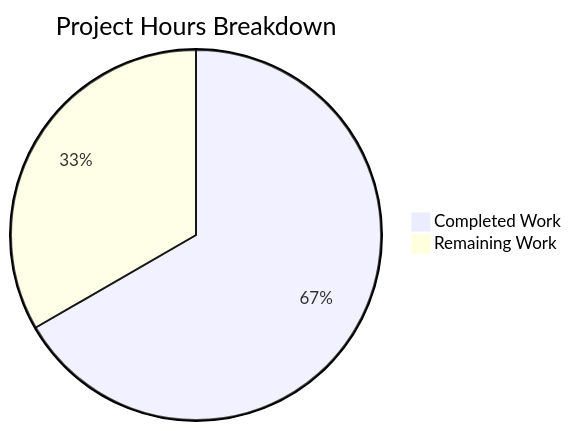
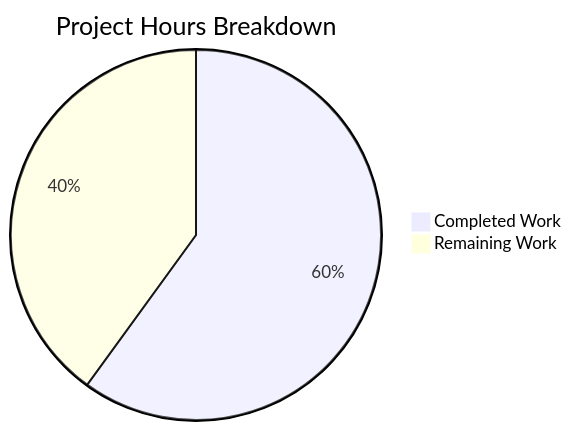
One commit to TestadoBlitzy/Existing-product changed the second of 2 diagrams in blitzy/documentation/Project Guide.md. Above: the diagram before and after it, drawn with Mermaid. The commit also changed other lines of this file, not shown here.

````diff
--- a/blitzy/documentation/Project Guide.md
+++ b/blitzy/documentation/Project Guide.md
@@ -151,5 +182,5 @@
 ```mermaid
 pie title Project Hours Breakdown
-    "Completed Work" : 4
+    "Completed Work" : 3
     "Remaining Work" : 2
 ```
````
